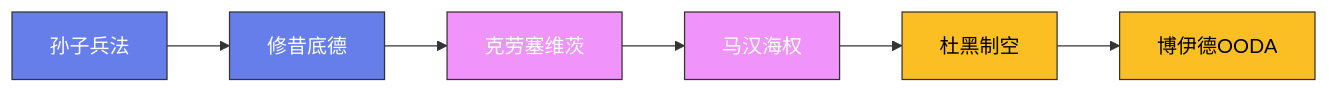
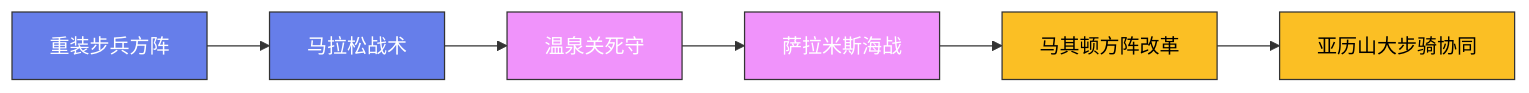
One commit to Fengur/Fengur.github.io changed the diagram in content/posts/ModelCreate/军事史/02-古希腊军事.md. Above: the diagram before and after it, drawn with Mermaid. The commit also changed other lines of this file and 118 other files, not shown here.

````diff
--- a/content/posts/ModelCreate/军事史/02-古希腊军事.md
+++ b/content/posts/ModelCreate/军事史/02-古希腊军事.md
@@ -39,16 +37,16 @@
 ```mermaid
 graph LR
-    A["孙子兵法"] --> B["修昔底德"]
-    B --> C["克劳塞维茨"]
-    C --> D["马汉海权"]
-    D --> E["杜黑制空"]
-    E --> F["博伊德OODA"]
+    A["重装步兵方阵"] --> B["马拉松战术"]
+    B --> C["温泉关死守"]
+    C --> D["萨拉米斯海战"]
+    D --> E["马其顿方阵改革"]
+    E --> F["亚历山大步骑协同"]
 
     classDef early fill:#667eea,stroke:#333,color:white
     classDef mid fill:#f093fb,stroke:#333,color:white
     classDef modern fill:#fbbf24,stroke:#333,color:black
 
     class A,B early
     class C,D mid
     class E,F modern
 ```
````
